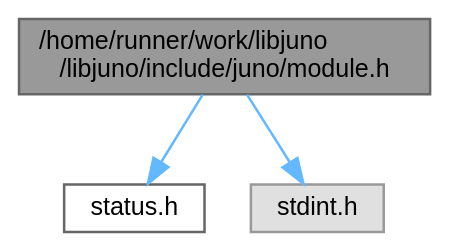
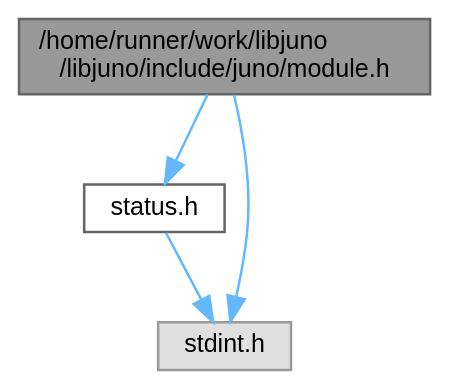
Before and after one commit to robinonsay/libjuno: the diagram in module_8h__incl.dot, drawn with Graphviz. The commit also changed 259 other files, not shown here.

```diff
--- a/module_8h__incl.dot
+++ b/module_8h__incl.dot
@@ -1,12 +1,13 @@
 digraph "/home/runner/work/libjuno/libjuno/include/juno/module.h"
 {
  // LATEX_PDF_SIZE
   bgcolor="transparent";
   edge [fontname=Helvetica,fontsize=10,labelfontname=Helvetica,labelfontsize=10];
   node [fontname=Helvetica,fontsize=10,shape=box,height=0.2,width=0.4];
   Node1 [id="Node000001",label="/home/runner/work/libjuno\l/libjuno/include/juno/module.h",height=0.2,width=0.4,color="gray40", fillcolor="grey60", style="filled", fontcolor="black",tooltip=" "];
   Node1 -> Node2 [id="edge1_Node000001_Node000002",color="steelblue1",style="solid",tooltip=" "];
   Node2 [id="Node000002",label="status.h",height=0.2,width=0.4,color="grey40", fillcolor="white", style="filled",URL="$status_8h.html",tooltip=" "];
-  Node1 -> Node3 [id="edge2_Node000001_Node000003",color="steelblue1",style="solid",tooltip=" "];
+  Node2 -> Node3 [id="edge2_Node000002_Node000003",color="steelblue1",style="solid",tooltip=" "];
   Node3 [id="Node000003",label="stdint.h",height=0.2,width=0.4,color="grey60", fillcolor="#E0E0E0", style="filled",tooltip=" "];
+  Node1 -> Node3 [id="edge3_Node000001_Node000003",color="steelblue1",style="solid",tooltip=" "];
 }
```
